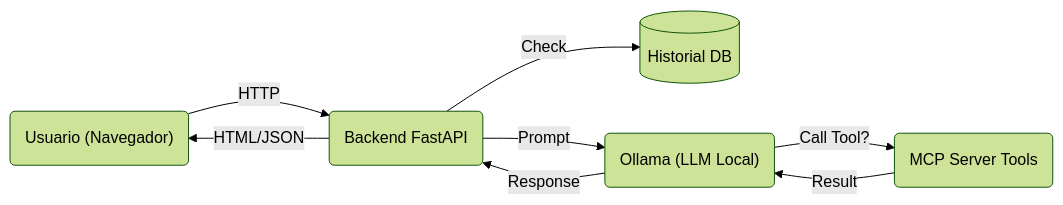
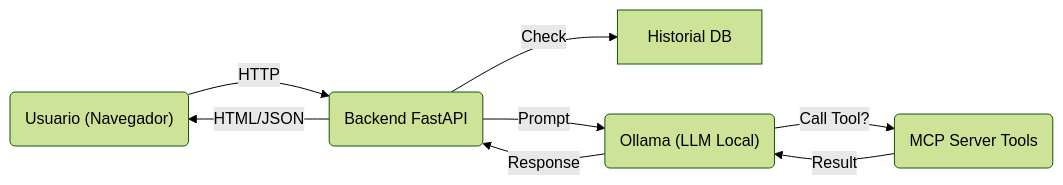
One commit to vladimiracunadev-create/mcp-ollama-local changed the diagram in README.md. Above: the diagram before and after it, drawn with Mermaid (forest theme). The commit also changed 1 other file, not shown here.

Commit message:
docs: fixes mermaid syntax for 100% github compatibility

````diff
--- a/README.md
+++ b/README.md
@@ -35,10 +35,10 @@
 ```mermaid
 graph LR
     User("Usuario (Navegador)") -->|HTTP| FastAPI("Backend FastAPI")
-    FastAPI -->|Check| SQLite[("Historial DB")]
+    FastAPI -->|Check| SQLite["Historial DB"]
     FastAPI -->|Prompt| Ollama("Ollama (LLM Local)")
     Ollama -->|Call Tool?| MCP("MCP Server Tools")
     MCP -->|Result| Ollama
     Ollama -->|Response| FastAPI
     FastAPI -->|HTML/JSON| User
 ```
````
